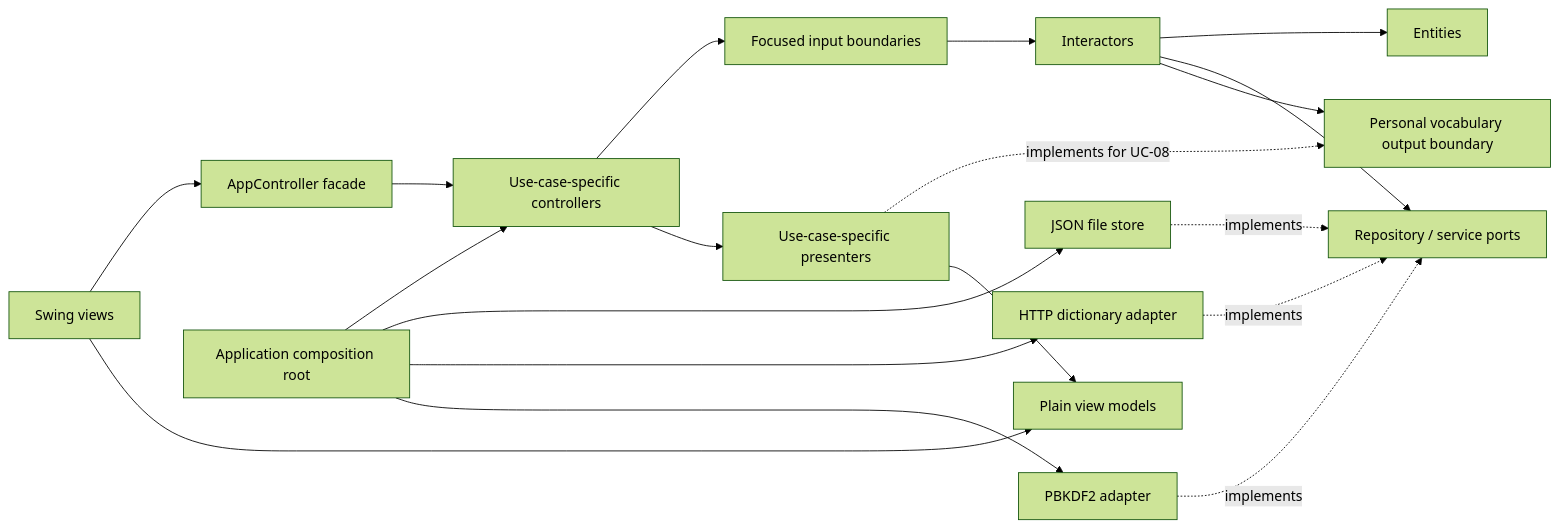
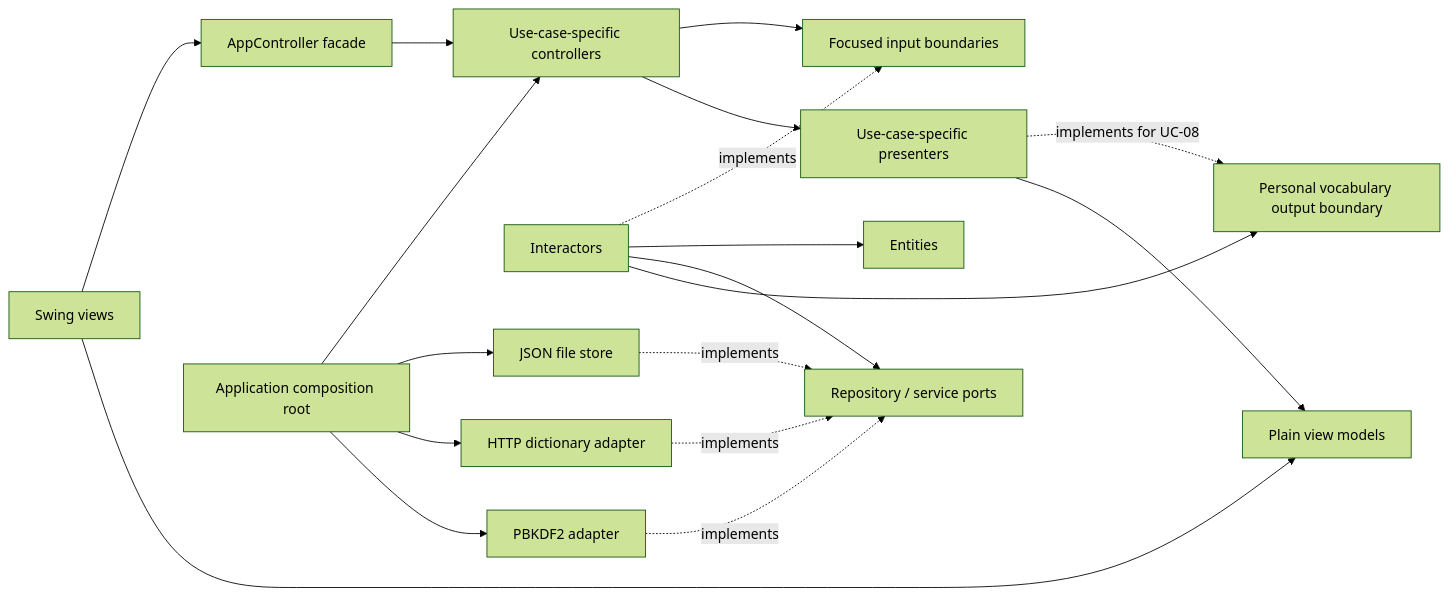
Before and after one commit to fanfan170721/team-project: the first of 2 diagrams in docs/ARCHITECTURE.md, drawn with Mermaid (forest theme). The commit also changed other lines of this file and 6 other files, not shown here.

````diff
--- a/docs/ARCHITECTURE.md
+++ b/docs/ARCHITECTURE.md
@@ -5,21 +5,21 @@
 ```mermaid
 flowchart LR
     V[Swing views] --> F[AppController facade]
     F --> C[Use-case-specific controllers]
     C --> I[Focused input boundaries]
-    I --> U[Interactors]
+    U[Interactors] -. implements .-> I
     U --> E[Entities]
     U --> P[Repository / service ports]
     D[JSON file store] -. implements .-> P
     H[HTTP dictionary adapter] -. implements .-> P
     B[PBKDF2 adapter] -. implements .-> P
     C --> R[Use-case-specific presenters]
     U --> O[Personal vocabulary output boundary]
     R -. implements for UC-08 .-> O
     R --> M[Plain view models]
     V --> M
     A[Application composition root] --> C
     A --> D
     A --> H
     A --> B
 ```
````
